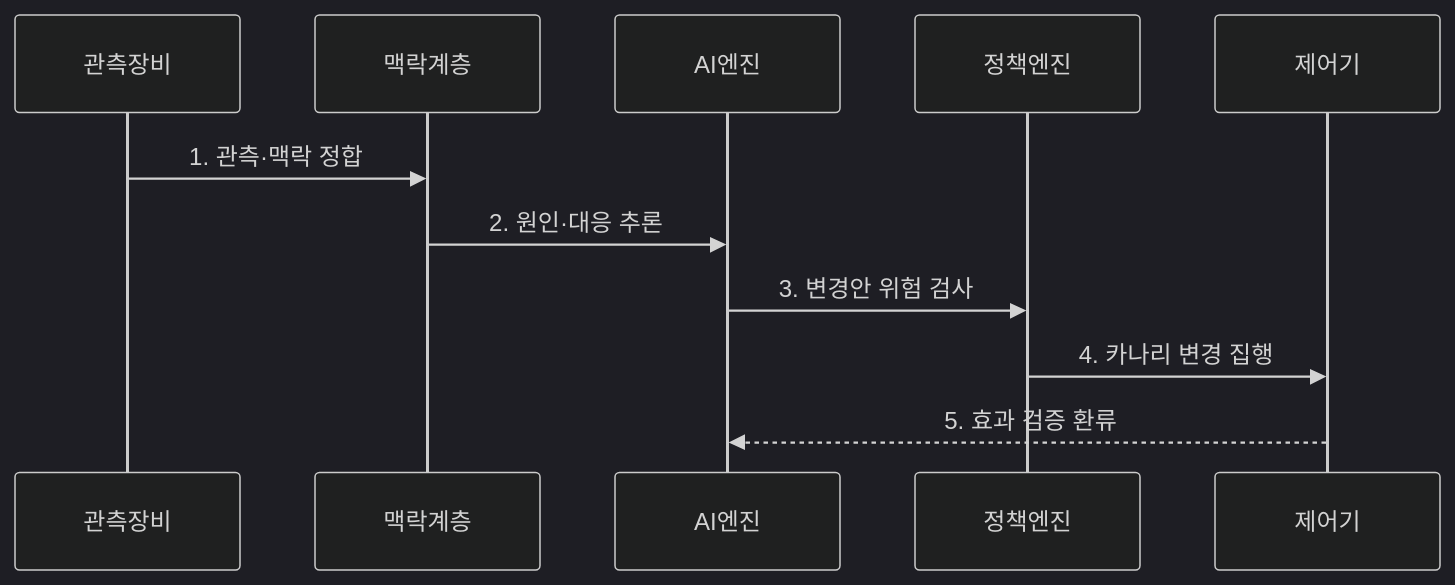
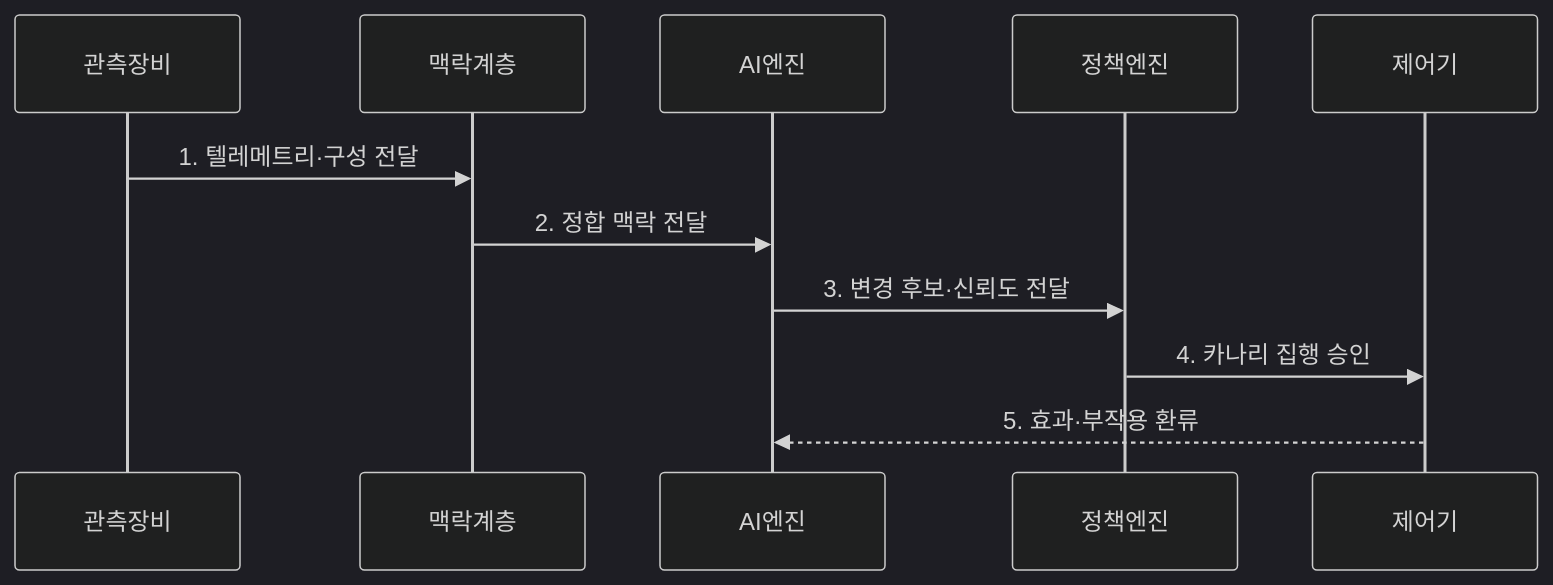
Before and after one commit to agnusdei1207/knowledge-base: the second of 2 diagrams in src/content/docs/notes/04-network/098_ai_native_networking.md, drawn with Mermaid (dark theme). The commit also changed other lines of this file and 20 other files, not shown here.

````diff
--- a/src/content/docs/notes/04-network/098_ai_native_networking.md
+++ b/src/content/docs/notes/04-network/098_ai_native_networking.md
@@ -81,13 +86,13 @@
 ```mermaid
 sequenceDiagram
     participant 관측장비
     participant 맥락계층
     participant AI엔진
     participant 정책엔진
     participant 제어기
-    관측장비->>맥락계층: 1. 관측·맥락 정합
-    맥락계층->>AI엔진: 2. 원인·대응 추론
-    AI엔진->>정책엔진: 3. 변경안 위험 검사
-    정책엔진->>제어기: 4. 카나리 변경 집행
-    제어기-->>AI엔진: 5. 효과 검증 환류
+    관측장비->>맥락계층: 1. 텔레메트리·구성 전달
+    맥락계층->>AI엔진: 2. 정합 맥락 전달
+    AI엔진->>정책엔진: 3. 변경 후보·신뢰도 전달
+    정책엔진->>제어기: 4. 카나리 집행 승인
+    제어기-->>AI엔진: 5. 효과·부작용 환류
 ```
````
